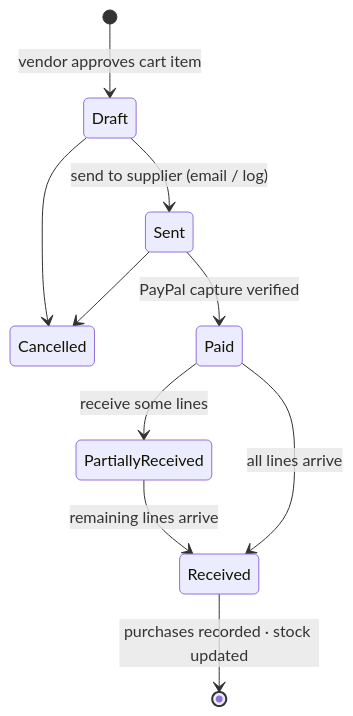
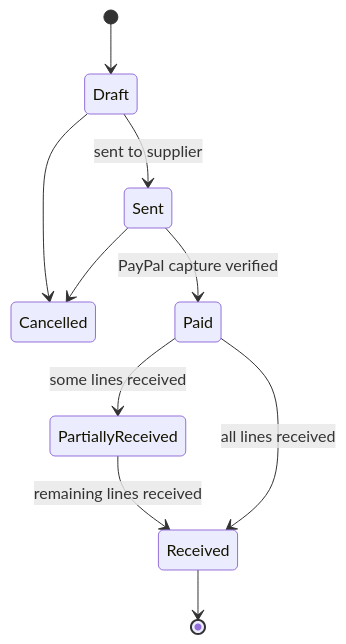
One commit to manasx0705/Paypal_Hackathon-project changed the fifth of 7 diagrams in README.md. Above: the diagram before and after it, drawn with Mermaid. The commit also changed other lines of this file and 3 other files, not shown here.

````diff
--- a/README.md
+++ b/README.md
@@ -194,12 +187,12 @@
 ```mermaid
 stateDiagram-v2
-    [*] --> Draft: vendor approves cart item
-    Draft --> Sent: send to supplier (email / log)
+    [*] --> Draft
+    Draft --> Sent: sent to supplier
     Draft --> Cancelled
+    Sent --> Cancelled
     Sent --> Paid: PayPal capture verified
-    Sent --> Cancelled
-    Paid --> PartiallyReceived: receive some lines
-    PartiallyReceived --> Received: remaining lines arrive
-    Paid --> Received: all lines arrive
-    Received --> [*]: purchases recorded · stock updated
+    Paid --> PartiallyReceived: some lines received
+    PartiallyReceived --> Received: remaining lines received
+    Paid --> Received: all lines received
+    Received --> [*]
 ```
````
